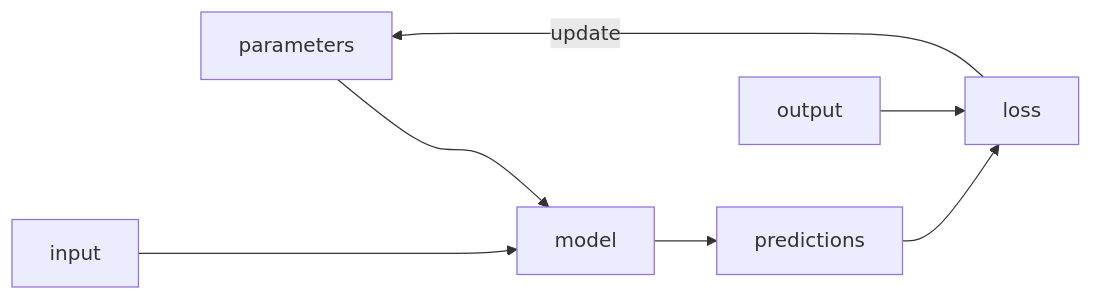
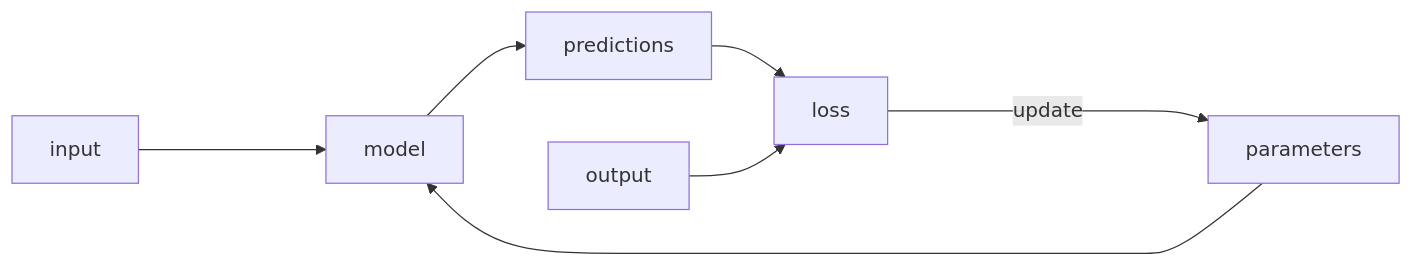
Before and after one commit to nicoladerric/nicoladerric.github.io: the third of 3 diagrams in _posts/2023-08-16-rivoluzione.md, drawn with Mermaid. The commit also changed other lines of this file, not shown here.

````diff
--- a/_posts/2023-08-16-rivoluzione.md
+++ b/_posts/2023-08-16-rivoluzione.md
@@ -31,9 +31,9 @@
 ```mermaid
 flowchart LR;
+    input ----> model;
     parameters --> model;
-    input ----> model;
     model --> predictions;
     predictions --> loss;
     output --> loss;
     loss -----> |update|parameters;
 ```
````
